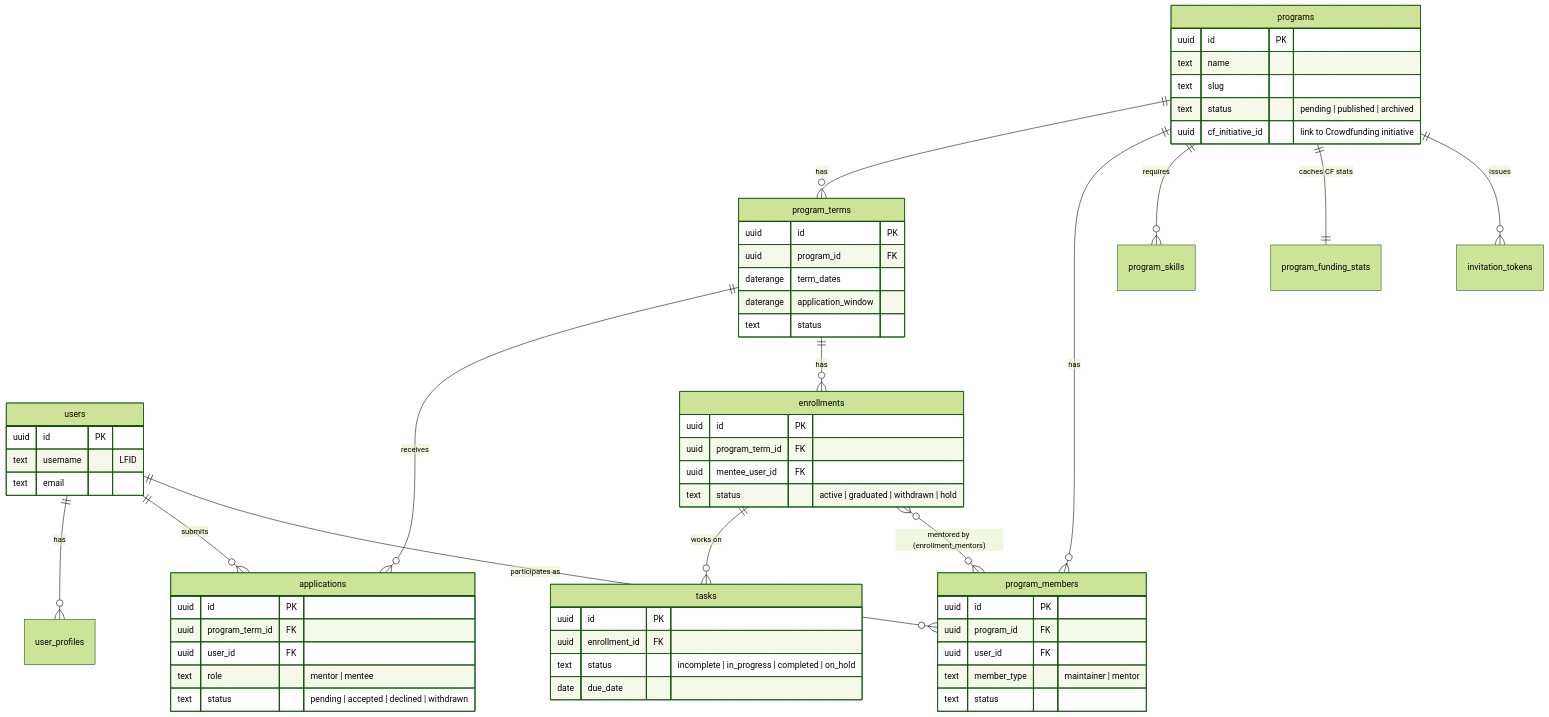
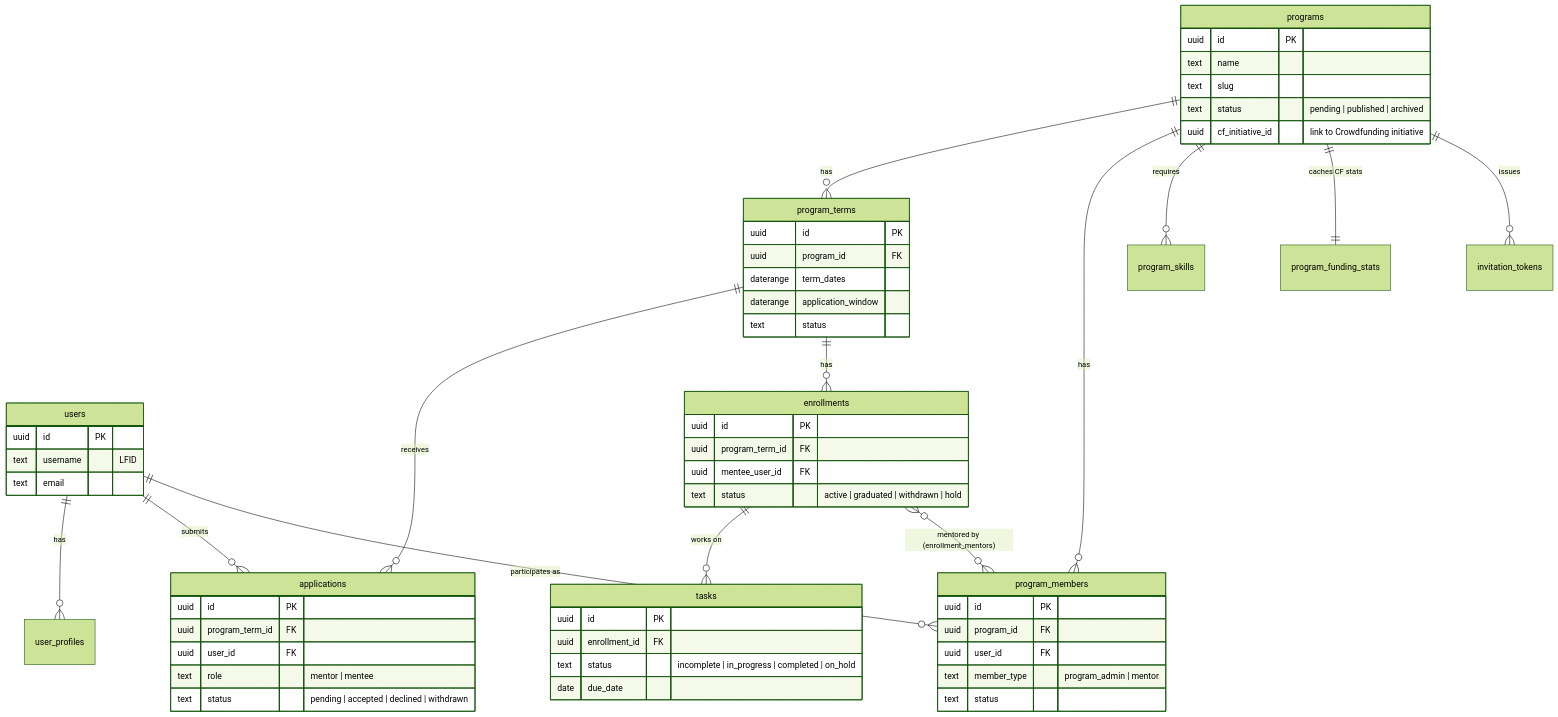
Before and after one commit to linuxfoundation/lfx-mentorship: the second of 2 diagrams in docs/rewrite/02-target-architecture.md, drawn with Mermaid (forest theme). The commit also changed other lines of this file and 16 other files, not shown here.

````diff
--- a/docs/rewrite/02-target-architecture.md
+++ b/docs/rewrite/02-target-architecture.md
@@ -84,61 +84,61 @@
 ```mermaid
 erDiagram
     users ||--o{ user_profiles : has
     users ||--o{ applications : submits
     users ||--o{ program_members : "participates as"
     programs ||--o{ program_terms : has
     programs ||--o{ program_members : has
     programs ||--o{ program_skills : requires
     programs ||--|| program_funding_stats : "caches CF stats"
     program_terms ||--o{ applications : receives
     program_terms ||--o{ enrollments : has
     enrollments ||--o{ tasks : "works on"
     enrollments }o--o{ program_members : "mentored by (enrollment_mentors)"
     programs ||--o{ invitation_tokens : issues
 
     users {
         uuid id PK
         text username "LFID"
         text email
     }
     programs {
         uuid id PK
         text name
         text slug
         text status "pending | published | archived"
         uuid cf_initiative_id "link to Crowdfunding initiative"
     }
     program_terms {
         uuid id PK
         uuid program_id FK
         daterange term_dates
         daterange application_window
         text status
     }
     applications {
         uuid id PK
         uuid program_term_id FK
         uuid user_id FK
         text role "mentor | mentee"
         text status "pending | accepted | declined | withdrawn"
     }
     program_members {
         uuid id PK
         uuid program_id FK
         uuid user_id FK
-        text member_type "maintainer | mentor"
+        text member_type "program_admin | mentor"
         text status
     }
     enrollments {
         uuid id PK
         uuid program_term_id FK
         uuid mentee_user_id FK
         text status "active | graduated | withdrawn | hold"
     }
     tasks {
         uuid id PK
         uuid enrollment_id FK
         text status "incomplete | in_progress | completed | on_hold"
         date due_date
     }
 ```
````
